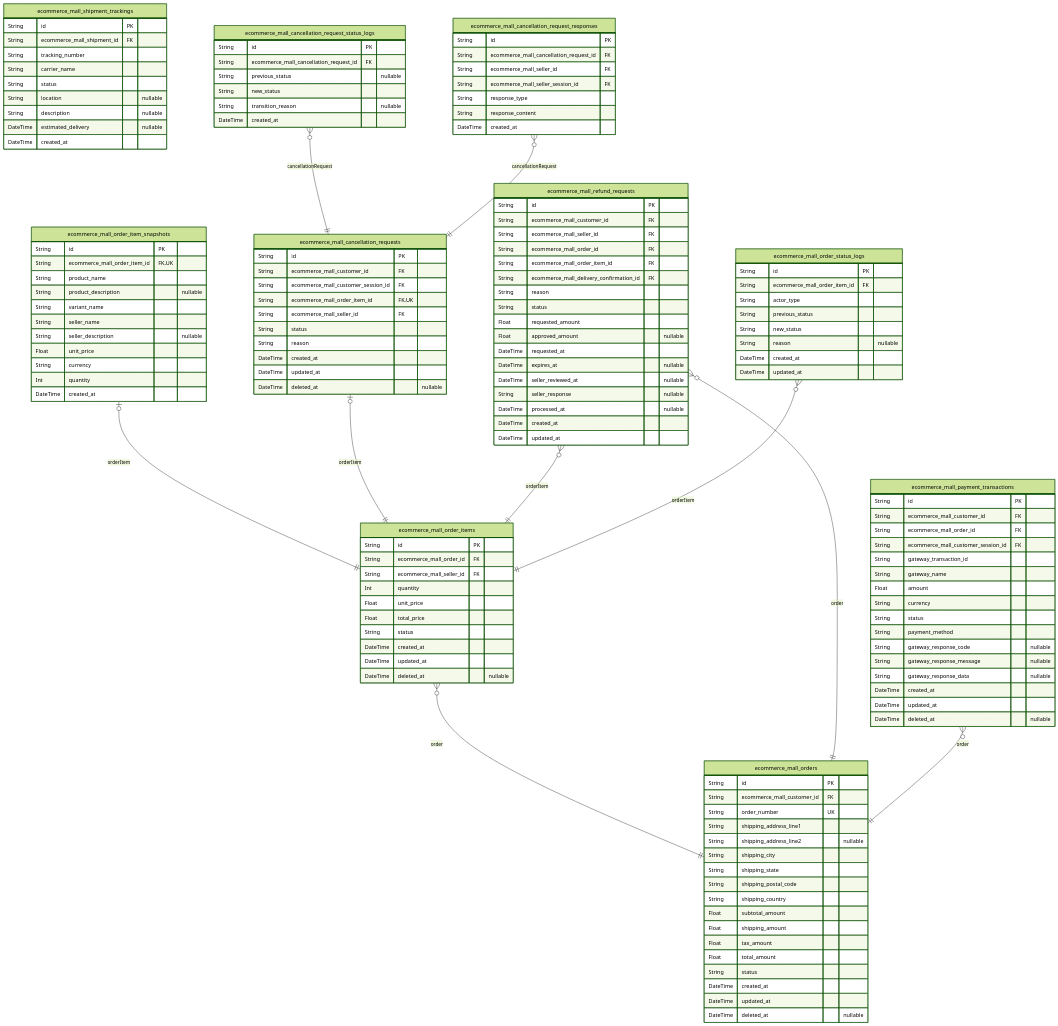
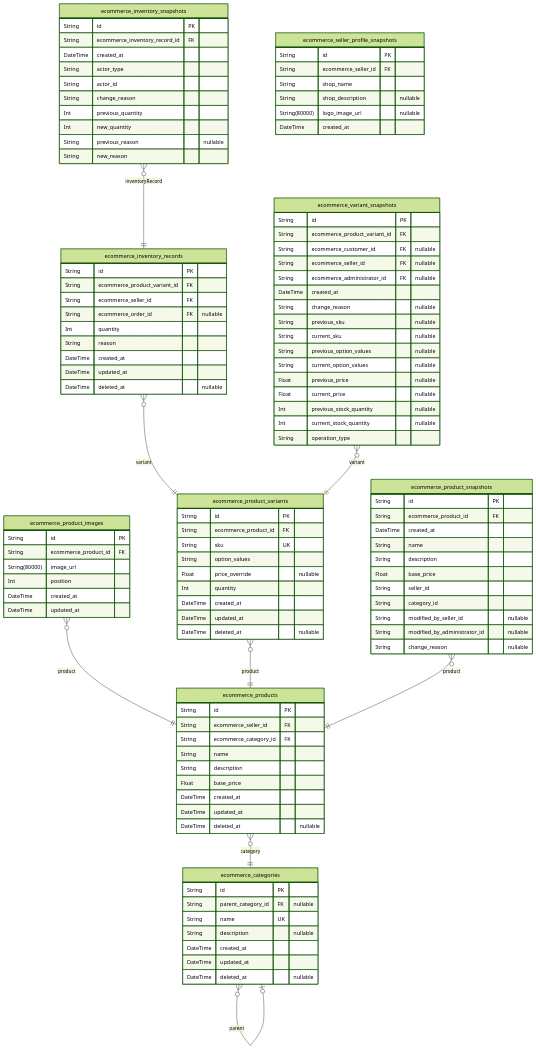
Before and after one commit to wrtnlabs/autobe-examples: the third of 7 diagrams in deepseek/deepseek-v3.1-terminus-exacto/shopping/docs/ERD.md, drawn with Mermaid (forest theme). The commit also changed other lines of this file and 11104 other files, not shown here.

````diff
--- a/deepseek/deepseek-v3.1-terminus-exacto/shopping/docs/ERD.md
+++ b/deepseek/deepseek-v3.1-terminus-exacto/shopping/docs/ERD.md
@@ -3053,143 +2097,112 @@
 ```mermaid
 erDiagram
-"ecommerce_mall_orders" {
+"ecommerce_categories" {
   String id PK
-  String ecommerce_mall_customer_id FK
-  String order_number UK
-  String shipping_address_line1
-  String shipping_address_line2 "nullable"
-  String shipping_city
-  String shipping_state
-  String shipping_postal_code
-  String shipping_country
-  Float subtotal_amount
-  Float shipping_amount
-  Float tax_amount
-  Float total_amount
-  String status
+  String parent_category_id FK "nullable"
+  String name UK
+  String description "nullable"
   DateTime created_at
   DateTime updated_at
   DateTime deleted_at "nullable"
 }
-"ecommerce_mall_order_items" {
+"ecommerce_products" {
   String id PK
-  String ecommerce_mall_order_id FK
-  String ecommerce_mall_seller_id FK
-  Int quantity
-  Float unit_price
-  Float total_price
-  String status
+  String ecommerce_seller_id FK
+  String ecommerce_category_id FK
+  String name
+  String description
+  Float base_price
   DateTime created_at
   DateTime updated_at
   DateTime deleted_at "nullable"
 }
-"ecommerce_mall_order_item_snapshots" {
+"ecommerce_product_images" {
   String id PK
-  String ecommerce_mall_order_item_id FK,UK
-  String product_name
-  String product_description "nullable"
-  String variant_name
-  String seller_name
-  String seller_description "nullable"
-  Float unit_price
-  String currency
+  String ecommerce_product_id FK
+  String(80000) image_url
+  Int position
+  DateTime created_at
+  DateTime updated_at
+}
+"ecommerce_product_variants" {
+  String id PK
+  String ecommerce_product_id FK
+  String sku UK
+  String option_values
+  Float price_override "nullable"
   Int quantity
   DateTime created_at
+  DateTime updated_at
+  DateTime deleted_at "nullable"
 }
-"ecommerce_mall_shipment_trackings" {
+"ecommerce_inventory_records" {
   String id PK
-  String ecommerce_mall_shipment_id FK
-  String tracking_number
-  String carrier_name
-  String status
-  String location "nullable"
-  String description "nullable"
-  DateTime estimated_delivery "nullable"
-  DateTime created_at
-}
-"ecommerce_mall_cancellation_requests" {
-  String id PK
-  String ecommerce_mall_customer_id FK
-  String ecommerce_mall_customer_session_id FK
-  String ecommerce_mall_order_item_id FK,UK
-  String ecommerce_mall_seller_id FK
-  String status
+  String ecommerce_product_variant_id FK
+  String ecommerce_seller_id FK
+  String ecommerce_order_id FK "nullable"
+  Int quantity
   String reason
   DateTime created_at
   DateTime updated_at
   DateTime deleted_at "nullable"
 }
-"ecommerce_mall_cancellation_request_status_logs" {
+"ecommerce_product_snapshots" {
   String id PK
-  String ecommerce_mall_cancellation_request_id FK
-  String previous_status "nullable"
-  String new_status
-  String transition_reason "nullable"
+  String ecommerce_product_id FK
+  DateTime created_at
+  String name
+  String description
+  Float base_price
+  String seller_id
+  String category_id
+  String modified_by_seller_id "nullable"
+  String modified_by_administrator_id "nullable"
+  String change_reason "nullable"
+}
+"ecommerce_variant_snapshots" {
+  String id PK
+  String ecommerce_product_variant_id FK
+  String ecommerce_customer_id FK "nullable"
+  String ecommerce_seller_id FK "nullable"
+  String ecommerce_administrator_id FK "nullable"
+  DateTime created_at
+  String change_reason "nullable"
+  String previous_sku "nullable"
+  String current_sku "nullable"
+  String previous_option_values "nullable"
+  String current_option_values "nullable"
+  Float previous_price "nullable"
+  Float current_price "nullable"
+  Int previous_stock_quantity "nullable"
+  Int current_stock_quantity "nullable"
+  String operation_type
+}
+"ecommerce_inventory_snapshots" {
+  String id PK
+  String ecommerce_inventory_record_id FK
+  DateTime created_at
+  String actor_type
+  String actor_id
+  String change_reason
+  Int previous_quantity
+  Int new_quantity
+  String previous_reason "nullable"
+  String new_reason
+}
+"ecommerce_seller_profile_snapshots" {
+  String id PK
+  String ecommerce_seller_id FK
+  String shop_name
+  String shop_description "nullable"
+  String(80000) logo_image_url "nullable"
   DateTime created_at
 }
-"ecommerce_mall_cancellation_request_responses" {
-  String id PK
-  String ecommerce_mall_cancellation_request_id FK
-  String ecommerce_mall_seller_id FK
-  String ecommerce_mall_seller_session_id FK
-  String response_type
-  String response_content
-  DateTime created_at
-}
-"ecommerce_mall_refund_requests" {
-  String id PK
-  String ecommerce_mall_customer_id FK
-  String ecommerce_mall_seller_id FK
-  String ecommerce_mall_order_id FK
-  String ecommerce_mall_order_item_id FK
-  String ecommerce_mall_delivery_confirmation_id FK
-  String reason
-  String status
-  Float requested_amount
-  Float approved_amount "nullable"
-  DateTime requested_at
-  DateTime expires_at "nullable"
-  DateTime seller_reviewed_at "nullable"
-  String seller_response "nullable"
-  DateTime processed_at "nullable"
-  DateTime created_at
-  DateTime updated_at
-}
-"ecommerce_mall_order_status_logs" {
-  String id PK
-  String ecommerce_mall_order_item_id FK
-  String actor_type
-  String previous_status
-  String new_status
-  String reason "nullable"
-  DateTime created_at
-  DateTime updated_at
-}
-"ecommerce_mall_payment_transactions" {
-  String id PK
-  String ecommerce_mall_customer_id FK
-  String ecommerce_mall_order_id FK
-  String ecommerce_mall_customer_session_id FK
-  String gateway_transaction_id
-  String gateway_name
-  Float amount
-  String currency
-  String status
-  String payment_method
-  String gateway_response_code "nullable"
-  String gateway_response_message "nullable"
-  String gateway_response_data "nullable"
-  DateTime created_at
-  DateTime updated_at
-  DateTime deleted_at "nullable"
-}
-"ecommerce_mall_order_items" }o--|| "ecommerce_mall_orders" : order
-"ecommerce_mall_order_item_snapshots" |o--|| "ecommerce_mall_order_items" : orderItem
-"ecommerce_mall_cancellation_requests" |o--|| "ecommerce_mall_order_items" : orderItem
-"ecommerce_mall_cancellation_request_status_logs" }o--|| "ecommerce_mall_cancellation_requests" : cancellationRequest
-"ecommerce_mall_cancellation_request_responses" }o--|| "ecommerce_mall_cancellation_requests" : cancellationRequest
-"ecommerce_mall_refund_requests" }o--|| "ecommerce_mall_orders" : order
-"ecommerce_mall_refund_requests" }o--|| "ecommerce_mall_order_items" : orderItem
-"ecommerce_mall_order_status_logs" }o--|| "ecommerce_mall_order_items" : orderItem
-"ecommerce_mall_payment_transactions" }o--|| "ecommerce_mall_orders" : order
+"ecommerce_categories" }o--o| "ecommerce_categories" : parent
+"ecommerce_products" }o--|| "ecommerce_categories" : category
+"ecommerce_product_images" }o--|| "ecommerce_products" : product
+"ecommerce_product_variants" }o--|| "ecommerce_products" : product
+"ecommerce_inventory_records" }o--|| "ecommerce_product_variants" : variant
+"ecommerce_product_snapshots" }o--|| "ecommerce_products" : product
+"ecommerce_variant_snapshots" }o--|| "ecommerce_product_variants" : variant
+"ecommerce_inventory_snapshots" }o--|| "ecommerce_inventory_records" : inventoryRecord
 ```
````
